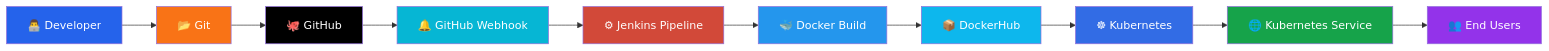
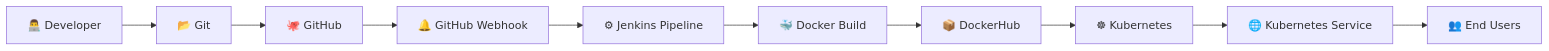
Before and after one commit to Saurav6200907210/WebMetricsX: the fourth of 12 diagrams in README.md, drawn with Mermaid. The commit also changed other lines of this file, not shown here.

````diff
--- a/README.md
+++ b/README.md
@@ -315,52 +168,12 @@
 ```mermaid
 flowchart LR
-
-Developer["👨‍💻 Developer"]
-
-Git["📂 Git"]
-
-GitHub["🐙 GitHub"]
-
-Webhook["🔔 GitHub Webhook"]
-
-Jenkins["⚙ Jenkins Pipeline"]
-
-Docker["🐳 Docker Build"]
-
-DockerHub["📦 DockerHub"]
-
-Kubernetes["☸ Kubernetes"]
-
-Service["🌐 Kubernetes Service"]
-
-Users["👥 End Users"]
-
-Developer --> Git
-
-Git --> GitHub
-
-GitHub --> Webhook
-
-Webhook --> Jenkins
-
-Jenkins --> Docker
-
-Docker --> DockerHub
-
-DockerHub --> Kubernetes
-
-Kubernetes --> Service
-
-Service --> Users
-
-style Developer fill:#2563eb,color:#fff
-style Git fill:#f97316,color:#fff
-style GitHub fill:#000000,color:#fff
-style Webhook fill:#06b6d4,color:#fff
-style Jenkins fill:#D24939,color:#fff
-style Docker fill:#2496ED,color:#fff
-style DockerHub fill:#0db7ed,color:#fff
-style Kubernetes fill:#326CE5,color:#fff
-style Service fill:#16a34a,color:#fff
-style Users fill:#9333ea,color:#fff
+Developer["👨‍💻 Developer"] --> Git["📂 Git"]
+Git --> GitHub["🐙 GitHub"]
+GitHub --> Webhook["🔔 GitHub Webhook"]
+Webhook --> Jenkins["⚙ Jenkins Pipeline"]
+Jenkins --> Docker["🐳 Docker Build"]
+Docker --> DockerHub["📦 DockerHub"]
+DockerHub --> Kubernetes["☸ Kubernetes"]
+Kubernetes --> Service["🌐 Kubernetes Service"]
+Service --> Users["👥 End Users"]
 ```
````
